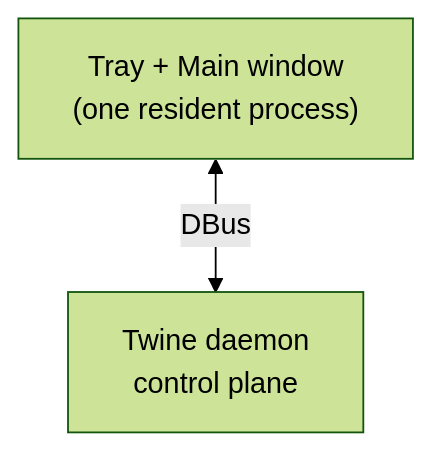
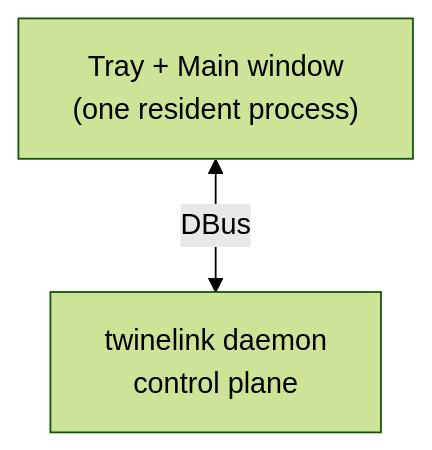
The second of 2 diagrams in docs/architecture/overview.md (marcelofrau/twinelink-docs), drawn with Mermaid (forest theme) before and after one commit. The commit also changed other lines of this file and 16 other files, not shown here.

````diff
--- a/docs/architecture/overview.md
+++ b/docs/architecture/overview.md
@@ -70,6 +70,6 @@
 ```mermaid
 flowchart TB
   Tray["Tray + Main window<br/>(one resident process)"]
-  Daemon["Twine daemon<br/>control plane"]
+  Daemon["twinelink daemon<br/>control plane"]
   Tray <-- DBus --> Daemon
 ```
````
